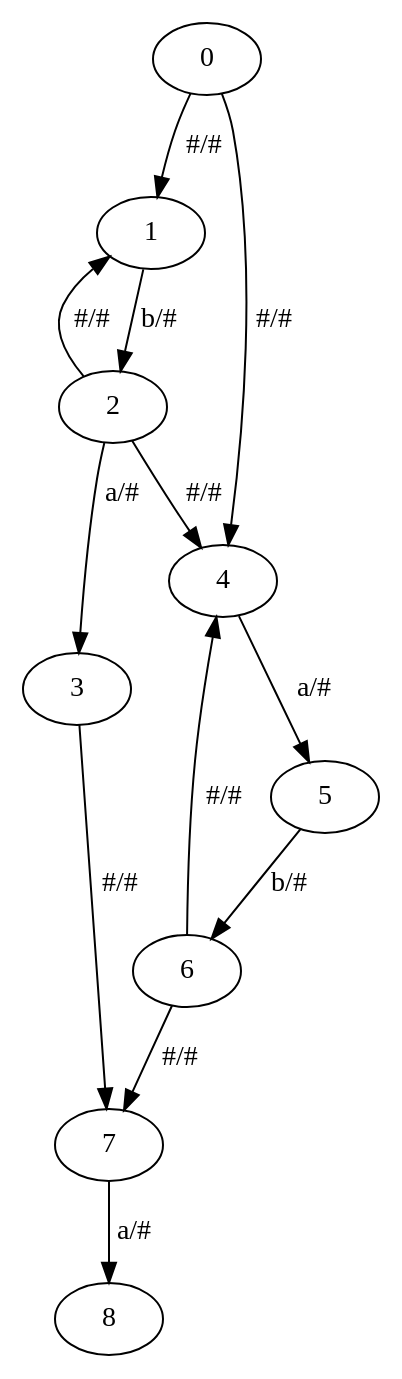
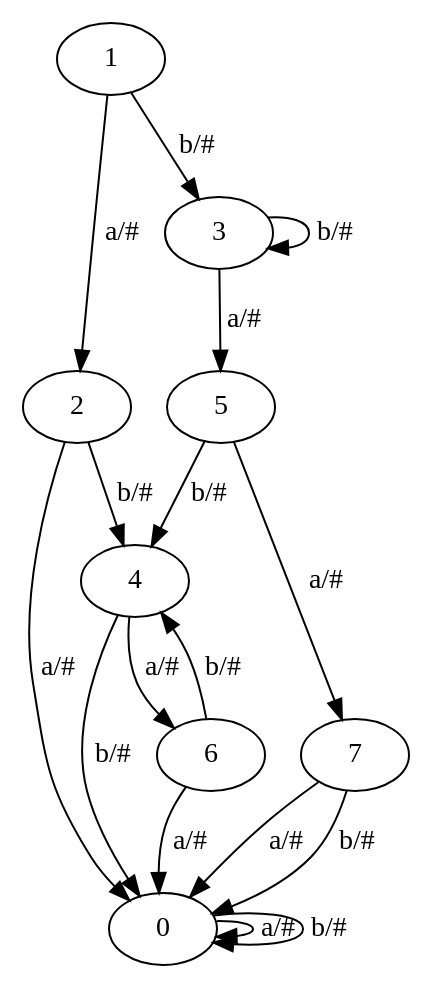
Before and after one commit to Eterniitys/prjt_compilation: the diagram in src/dotImage/graph.dot, drawn with Graphviz. The commit also changed 5 other files, not shown here.

```diff
--- a/src/dotImage/graph.dot
+++ b/src/dotImage/graph.dot
@@ -1,14 +1,18 @@
 digraph automate {
-	0 -> 1 [label="#/#"];
-	0 -> 4 [label="#/#"];
-	1 -> 2 [label="b/#"];
-	2 -> 1 [label="#/#"];
-	2 -> 3 [label="a/#"];
-	2 -> 4 [label="#/#"];
-	3 -> 7 [label="#/#"];
-	4 -> 5 [label="a/#"];
-	5 -> 6 [label="b/#"];
-	6 -> 4 [label="#/#"];
-	6 -> 7 [label="#/#"];
-	7 -> 8 [label="a/#"];
+	0 -> 0 [label="a/#"];
+	0 -> 0 [label="b/#"];
+	1 -> 2 [label="a/#"];
+	1 -> 3 [label="b/#"];
+	2 -> 0 [label="a/#"];
+	2 -> 4 [label="b/#"];
+	3 -> 5 [label="a/#"];
+	3 -> 3 [label="b/#"];
+	4 -> 6 [label="a/#"];
+	4 -> 0 [label="b/#"];
+	5 -> 7 [label="a/#"];
+	5 -> 4 [label="b/#"];
+	6 -> 0 [label="a/#"];
+	6 -> 4 [label="b/#"];
+	7 -> 0 [label="a/#"];
+	7 -> 0 [label="b/#"];
 }
```
